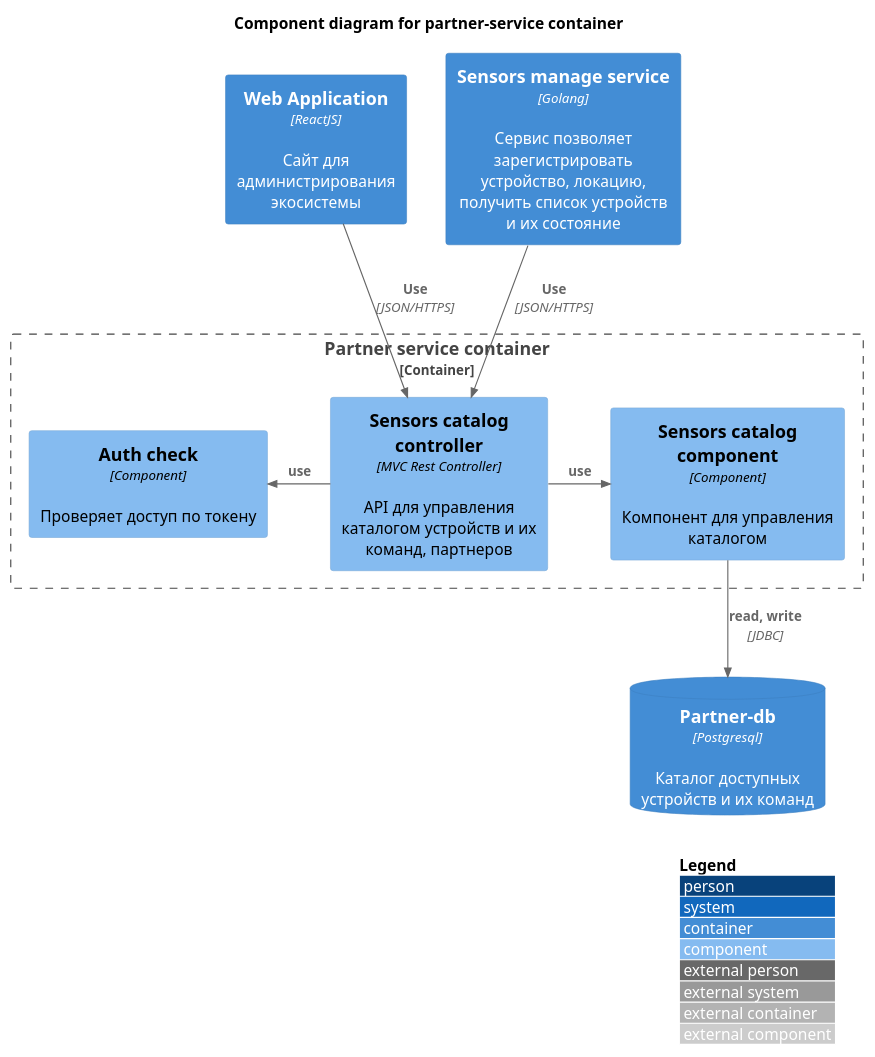
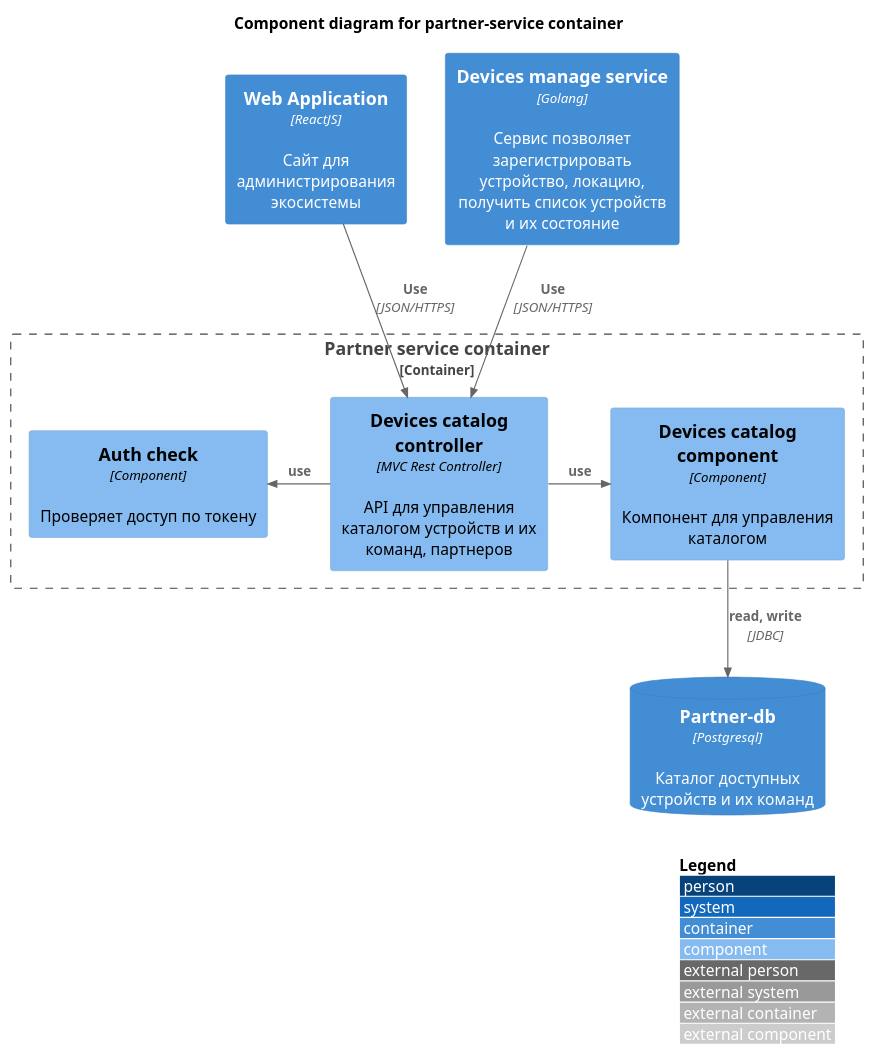
Before and after one commit to annmozer116/warmhouse-golang: the diagram in schemas/v2/component/Smarthome-component-partner.puml, drawn with PlantUML. The commit also changed 2 other files, not shown here.

Commit message:
Correct sensors to devices

```diff
--- a/schemas/v2/component/Smarthome-component-partner.puml
+++ b/schemas/v2/component/Smarthome-component-partner.puml
@@ -1,29 +1,29 @@
 @startuml Smarthome-component-partner
 
 !include https://raw.githubusercontent.com/plantuml-stdlib/C4-PlantUML/master/C4_Component.puml
 ' uncomment the following line and comment the first to use locally
 ' !include C4_Component.puml
 
 LAYOUT_WITH_LEGEND()
 
 title Component diagram for partner-service container
 
 Container(admin_web_app, "Web Application", "ReactJS", "Сайт для администрирования экосистемы")
 ContainerDb(partner_service_db, "Partner-db", "Postgresql", "Каталог доступных устройств и их команд")
-Container(sensors_manage_service, "Sensors manage service", "Golang", "Сервис позволяет зарегистрировать устройство, локацию, получить список устройств и их состояние")
+Container(devices_manage_service, "Devices manage service", "Golang", "Сервис позволяет зарегистрировать устройство, локацию, получить список устройств и их состояние")
 
 Container_Boundary(partner_service, "Partner service container") {
     Component(auth_check, "Auth check","Component", "Проверяет доступ по токену")
-    Component(sensors_catalog_controller, "Sensors catalog controller", "MVC Rest Controller", "API для управления каталогом устройств и их команд, партнеров")
+    Component(devices_catalog_controller, "Devices catalog controller", "MVC Rest Controller", "API для управления каталогом устройств и их команд, партнеров")
 
-    Component(sensors_catalog_service, "Sensors catalog component", "Component", "Компонент для управления каталогом")
+    Component(devices_catalog_service, "Devices catalog component", "Component", "Компонент для управления каталогом")
 }
-Rel(admin_web_app, sensors_catalog_controller, "Use", "JSON/HTTPS")
-Rel(sensors_manage_service, sensors_catalog_controller, "Use", "JSON/HTTPS")
+Rel(admin_web_app, devices_catalog_controller, "Use", "JSON/HTTPS")
+Rel(devices_manage_service, devices_catalog_controller, "Use", "JSON/HTTPS")
 
-Rel_L(sensors_catalog_controller, auth_check, "use")
-Rel_R(sensors_catalog_controller, sensors_catalog_service, "use")
+Rel_L(devices_catalog_controller, auth_check, "use")
+Rel_R(devices_catalog_controller, devices_catalog_service, "use")
 
-Rel(sensors_catalog_service, partner_service_db, "read, write", "JDBC")
+Rel(devices_catalog_service, partner_service_db, "read, write", "JDBC")
 
 @enduml
```
